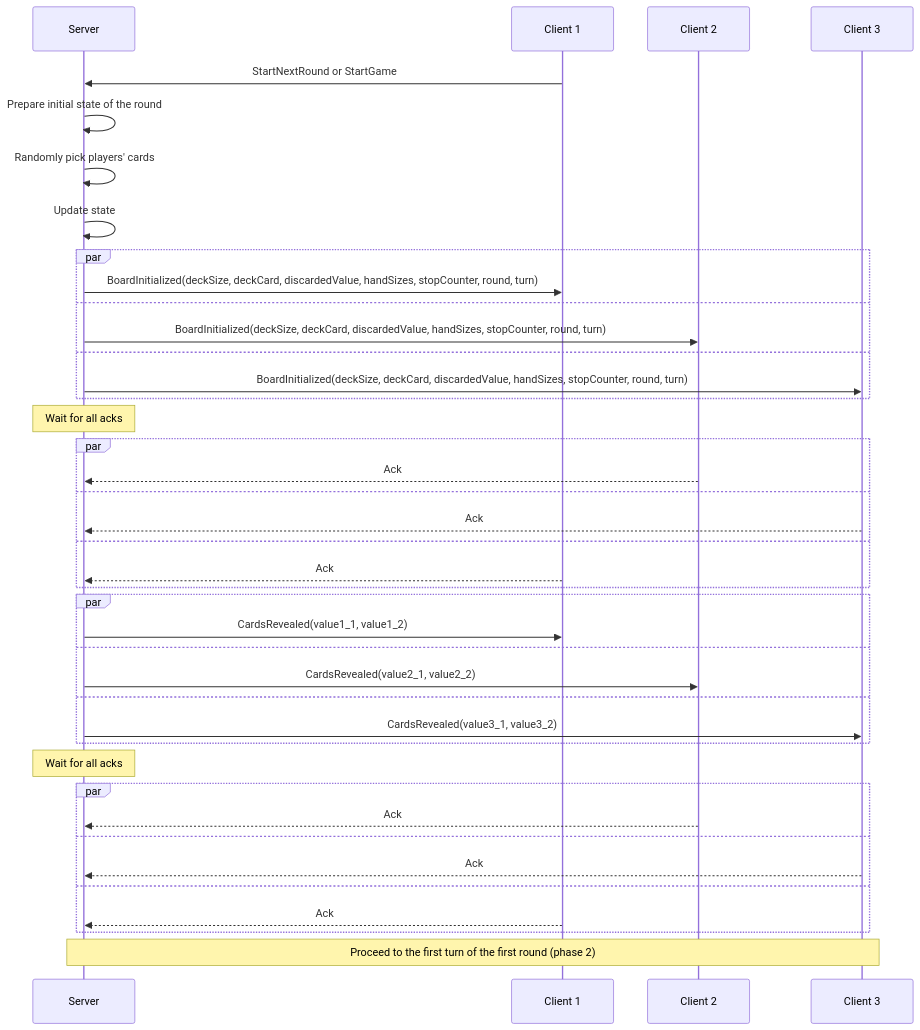
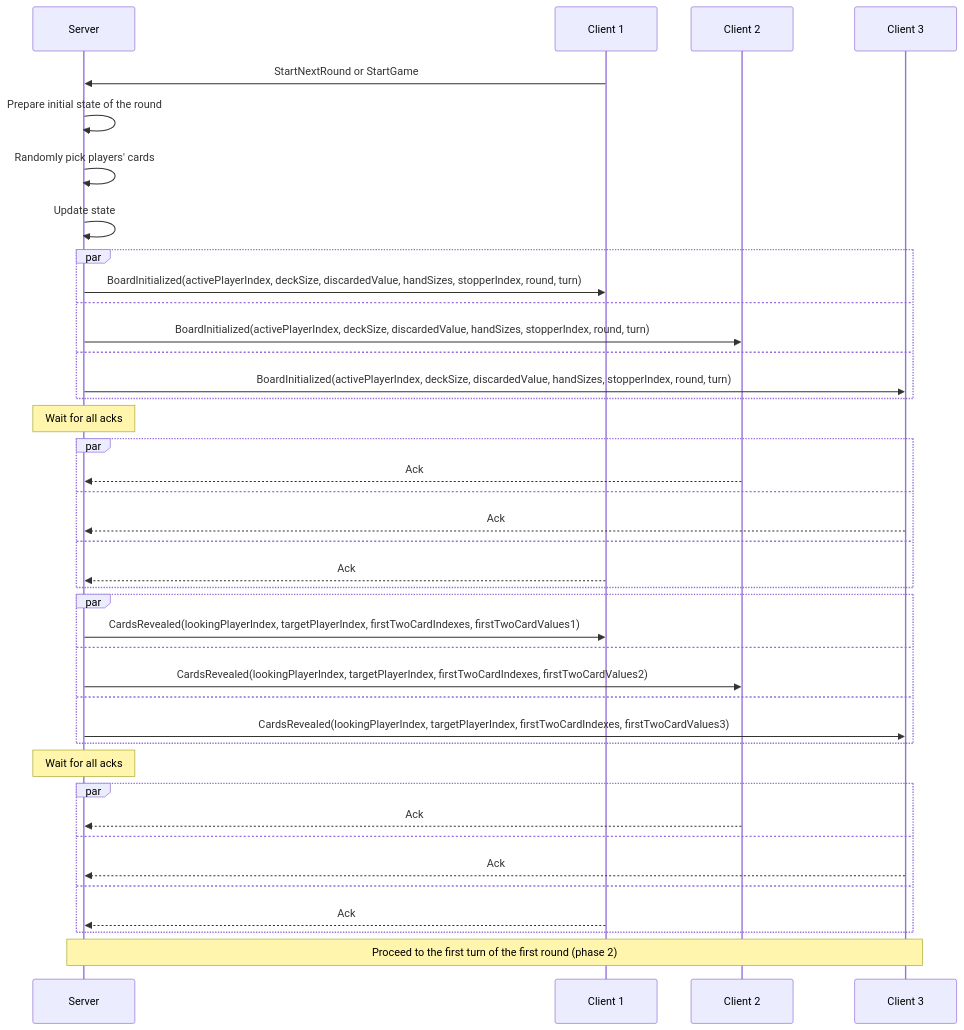
The second of 15 diagrams in docs/GAME.md (roman-zubarevich/another), drawn with Mermaid before and after one commit. The commit also changed other lines of this file, not shown here.

````diff
--- a/docs/GAME.md
+++ b/docs/GAME.md
@@ -56,42 +56,42 @@
 ```mermaid
 sequenceDiagram
     participant S as Server
     participant C1 as Client 1
     participant C2 as Client 2
     participant C3 as Client 3
     C1->>S: StartNextRound or StartGame
     S->>S: Prepare initial state of the round
     S->>S: Randomly pick players' cards
     S->>S: Update state
     par
-        S->>C1: BoardInitialized(deckSize, deckCard, discardedValue, handSizes, stopCounter, round, turn)
+        S->>C1: BoardInitialized(activePlayerIndex, deckSize, discardedValue, handSizes, stopperIndex, round, turn)
     and
-        S->>C2: BoardInitialized(deckSize, deckCard, discardedValue, handSizes, stopCounter, round, turn)
+        S->>C2: BoardInitialized(activePlayerIndex, deckSize, discardedValue, handSizes, stopperIndex, round, turn)
     and
-        S->>C3: BoardInitialized(deckSize, deckCard, discardedValue, handSizes, stopCounter, round, turn)
+        S->>C3: BoardInitialized(activePlayerIndex, deckSize, discardedValue, handSizes, stopperIndex, round, turn)
     end
     Note over S: Wait for all acks
     par
         C2-->>S: Ack
     and
         C3-->>S: Ack
     and
         C1-->>S: Ack
     end
     par
-        S->>C1: CardsRevealed(value1_1, value1_2)
+        S->>C1: CardsRevealed(lookingPlayerIndex, targetPlayerIndex, firstTwoCardIndexes, firstTwoCardValues1)
     and
-        S->>C2: CardsRevealed(value2_1, value2_2)
+        S->>C2: CardsRevealed(lookingPlayerIndex, targetPlayerIndex, firstTwoCardIndexes, firstTwoCardValues2)
     and
-        S->>C3: CardsRevealed(value3_1, value3_2)
+        S->>C3: CardsRevealed(lookingPlayerIndex, targetPlayerIndex, firstTwoCardIndexes, firstTwoCardValues3)
     end
     Note over S: Wait for all acks
     par
         C2-->>S: Ack
     and
         C3-->>S: Ack
     and
         C1-->>S: Ack
     end
     Note over S,C3: Proceed to the first turn of the first round (phase 2)
 ```
````
